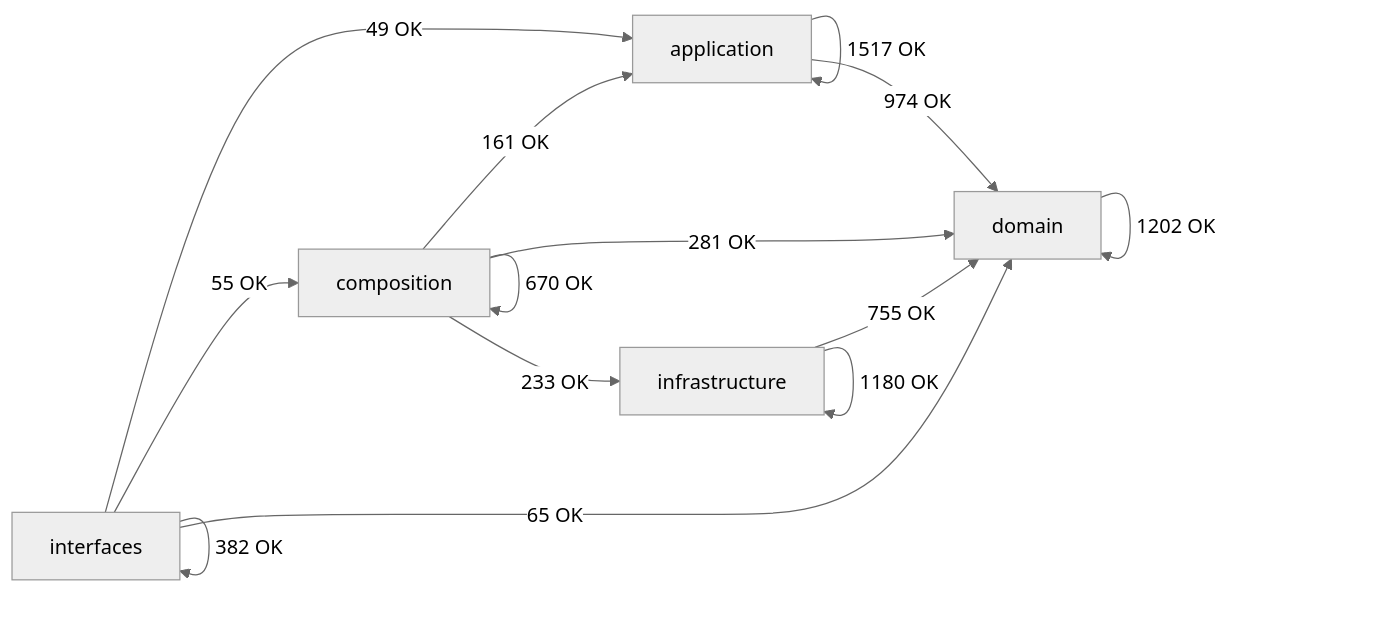
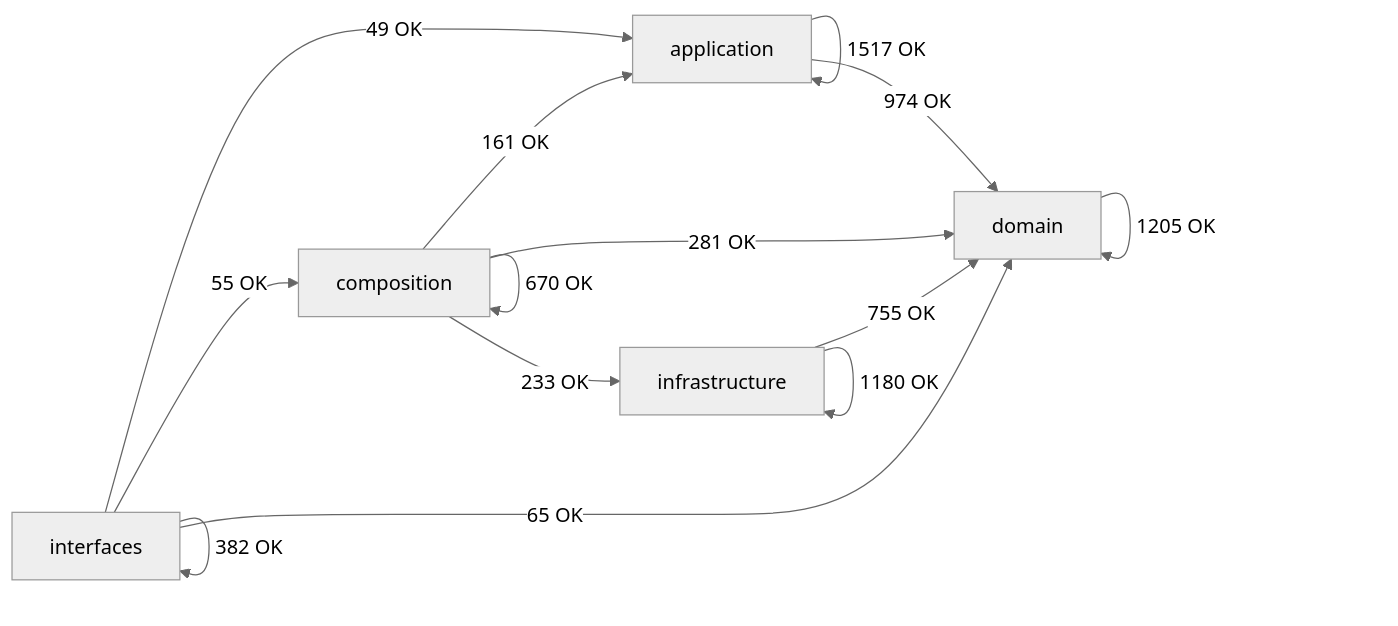
Before and after one commit to SatoryKono/BioactivityDataAcquisition: the diagram in docs/02-architecture/generated/module-dependency-map.md, drawn with Mermaid (neutral theme). The commit also changed other lines of this file and 26 other files, not shown here.

````diff
--- a/docs/02-architecture/generated/module-dependency-map.md
+++ b/docs/02-architecture/generated/module-dependency-map.md
@@ -17,21 +17,21 @@
 ```mermaid
 flowchart LR
     domain[domain]
     application[application]
     infrastructure[infrastructure]
     composition[composition]
     interfaces[interfaces]
     application -->|1517 OK| application
     application -->|974 OK| domain
     composition -->|161 OK| application
     composition -->|670 OK| composition
     composition -->|281 OK| domain
     composition -->|233 OK| infrastructure
-    domain -->|1202 OK| domain
+    domain -->|1205 OK| domain
     infrastructure -->|755 OK| domain
     infrastructure -->|1180 OK| infrastructure
     interfaces -->|49 OK| application
     interfaces -->|55 OK| composition
     interfaces -->|65 OK| domain
     interfaces -->|382 OK| interfaces
 ```
````
